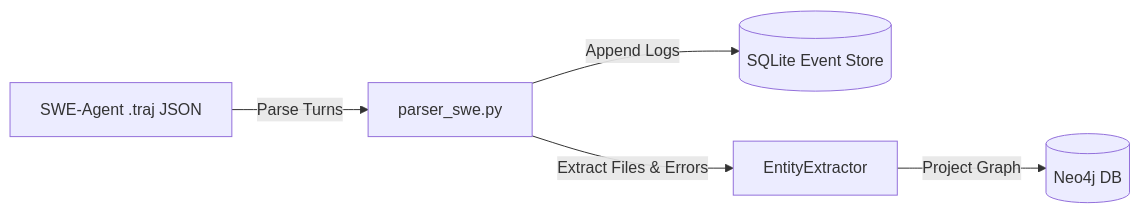
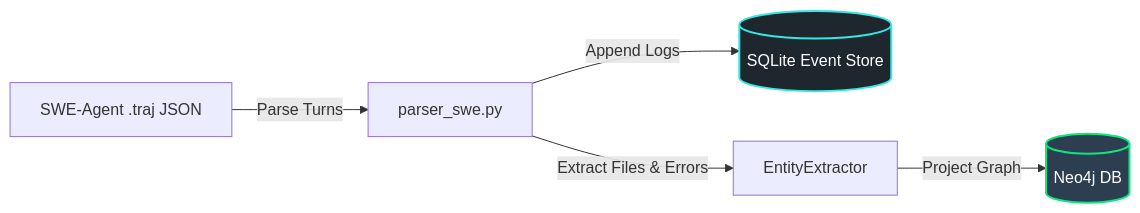
The third of 3 diagrams in README.md (erdometo/semantic-agent-graph), drawn with Mermaid before and after one commit. The commit also changed other lines of this file and 1 other file, not shown here.

Commit message:
docs: add Predictive Dead-End Detection & Backtracking feature and enhance diagrams

````diff
--- a/README.md
+++ b/README.md
@@ -80,7 +127,10 @@
 ```mermaid
 graph LR
     Traj[SWE-Agent .traj JSON] -->|Parse Turns| Ingest[parser_swe.py]
     Ingest -->|Append Logs| SQLite[(SQLite Event Store)]
     Ingest -->|Extract Files & Errors| Extractor[EntityExtractor]
     Extractor -->|Project Graph| Neo4j[(Neo4j DB)]
+    
+    style SQLite fill:#1e272e,stroke:#34e7e4,stroke-width:2px,color:#fff
+    style Neo4j fill:#2c3e50,stroke:#0be881,stroke-width:2px,color:#fff
 ```
````
